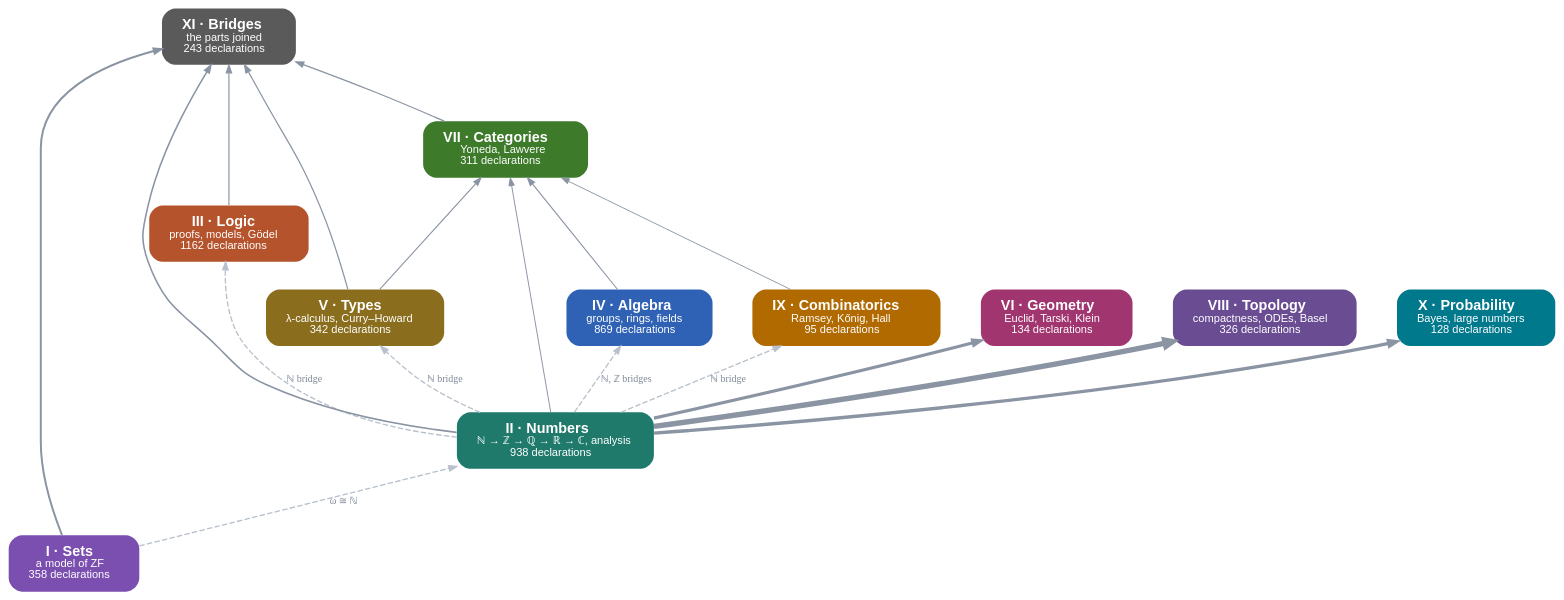
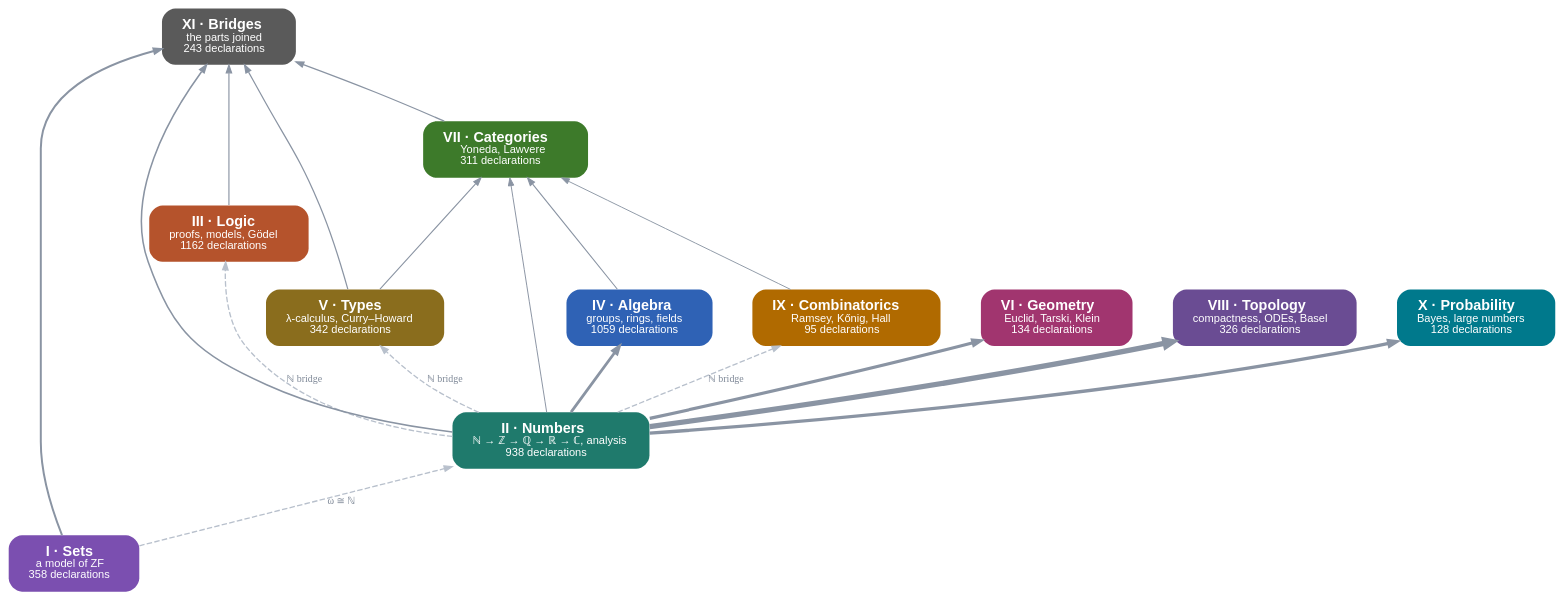
One commit to damianspendel/foundations changed the diagram in site/dist/parts.dot. Above: the diagram before and after it, drawn with Graphviz. The commit also changed 21 other files, not shown here.

```diff
--- a/site/dist/parts.dot
+++ b/site/dist/parts.dot
@@ -1,33 +1,33 @@
 digraph parts {
 rankdir=BT; bgcolor="transparent"; nodesep=0.5; ranksep=0.7;
 node [shape=box, style="rounded,filled", fontname="Helvetica", fontsize=13, penwidth=0, margin="0.25,0.12"];
 edge [color="#8a94a3", arrowsize=0.7];
 "Sets" [label=<<b>I · Sets</b><br/><font point-size="10">a model of ZF<br/>358 declarations</font>>, fillcolor="#7b4fb0", fontcolor="white"];
 "Numbers" [label=<<b>II · Numbers</b><br/><font point-size="10">ℕ → ℤ → ℚ → ℝ → ℂ, analysis<br/>938 declarations</font>>, fillcolor="#1f7a6c", fontcolor="white"];
 "Logic" [label=<<b>III · Logic</b><br/><font point-size="10">proofs, models, Gödel<br/>1162 declarations</font>>, fillcolor="#b5532c", fontcolor="white"];
-"Algebra" [label=<<b>IV · Algebra</b><br/><font point-size="10">groups, rings, fields<br/>869 declarations</font>>, fillcolor="#2f62b5", fontcolor="white"];
+"Algebra" [label=<<b>IV · Algebra</b><br/><font point-size="10">groups, rings, fields<br/>1059 declarations</font>>, fillcolor="#2f62b5", fontcolor="white"];
 "Types" [label=<<b>V · Types</b><br/><font point-size="10">λ-calculus, Curry–Howard<br/>342 declarations</font>>, fillcolor="#8a6d1d", fontcolor="white"];
 "Geometry" [label=<<b>VI · Geometry</b><br/><font point-size="10">Euclid, Tarski, Klein<br/>134 declarations</font>>, fillcolor="#a1356f", fontcolor="white"];
 "Categories" [label=<<b>VII · Categories</b><br/><font point-size="10">Yoneda, Lawvere<br/>311 declarations</font>>, fillcolor="#3d7a2a", fontcolor="white"];
 "Topology" [label=<<b>VIII · Topology</b><br/><font point-size="10">compactness, ODEs, Basel<br/>326 declarations</font>>, fillcolor="#6a4c93", fontcolor="white"];
 "Combinatorics" [label=<<b>IX · Combinatorics</b><br/><font point-size="10">Ramsey, Kőnig, Hall<br/>95 declarations</font>>, fillcolor="#b06a00", fontcolor="white"];
 "Probability" [label=<<b>X · Probability</b><br/><font point-size="10">Bayes, large numbers<br/>128 declarations</font>>, fillcolor="#00798c", fontcolor="white"];
 "Bridges" [label=<<b>XI · Bridges</b><br/><font point-size="10">the parts joined<br/>243 declarations</font>>, fillcolor="#5a5a5a", fontcolor="white"];
 "Algebra" -> "Categories" [penwidth=0.98, tooltip="23 uses of Algebra in Categories"];
 "Categories" -> "Bridges" [penwidth=1.13, tooltip="82 uses of Categories in Bridges"];
 "Combinatorics" -> "Categories" [penwidth=0.84, tooltip="1 uses of Combinatorics in Categories"];
 "Logic" -> "Bridges" [penwidth=1.04, tooltip="42 uses of Logic in Bridges"];
+"Numbers" -> "Algebra" [penwidth=2.48, tooltip="2105 uses of Numbers in Algebra"];
 "Numbers" -> "Bridges" [penwidth=1.40, tooltip="267 uses of Numbers in Bridges"];
 "Numbers" -> "Categories" [penwidth=0.88, tooltip="5 uses of Numbers in Categories"];
 "Numbers" -> "Geometry" [penwidth=2.87, tooltip="3189 uses of Numbers in Geometry"];
 "Numbers" -> "Probability" [penwidth=3.01, tooltip="3662 uses of Numbers in Probability"];
 "Numbers" -> "Topology" [penwidth=4.80, tooltip="11945 uses of Numbers in Topology"];
 "Sets" -> "Bridges" [penwidth=1.79, tooltip="738 uses of Sets in Bridges"];
 "Types" -> "Bridges" [penwidth=1.11, tooltip="73 uses of Types in Bridges"];
 "Types" -> "Categories" [penwidth=0.97, tooltip="21 uses of Types in Categories"];
 "Sets" -> "Numbers" [style=dashed, color="#b8c0cc", penwidth=1.2, label=<<font point-size="9" color="#7d8796">ω ≅ ℕ</font>>];
 "Numbers" -> "Logic" [style=dashed, color="#b8c0cc", penwidth=1.2, label=<<font point-size="9" color="#7d8796">ℕ bridge</font>>];
-"Numbers" -> "Algebra" [style=dashed, color="#b8c0cc", penwidth=1.2, label=<<font point-size="9" color="#7d8796">ℕ, ℤ bridges</font>>];
 "Numbers" -> "Types" [style=dashed, color="#b8c0cc", penwidth=1.2, label=<<font point-size="9" color="#7d8796">ℕ bridge</font>>];
 "Numbers" -> "Combinatorics" [style=dashed, color="#b8c0cc", penwidth=1.2, label=<<font point-size="9" color="#7d8796">ℕ bridge</font>>];
 }
```
